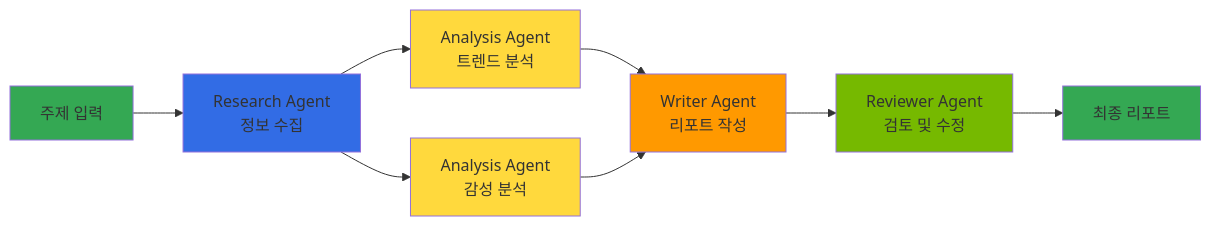
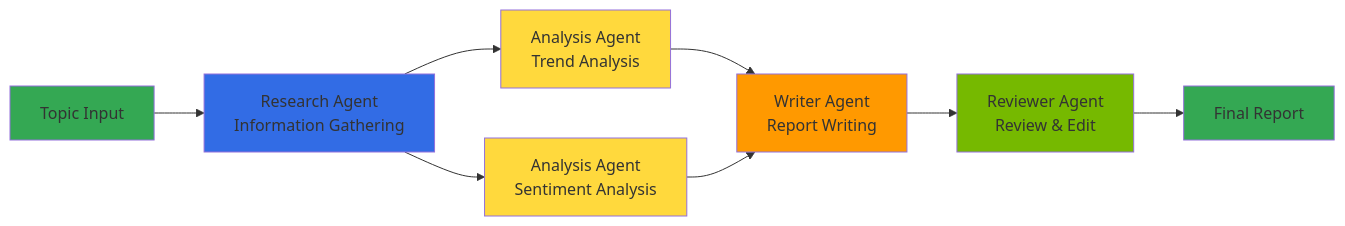
One commit to devfloor9/engineering-playbook changed the fourth of 4 diagrams in docs/agentic-ai-platform/operations-mlops/observability/kagent-kubernetes-agents.md. Above: the diagram before and after it, drawn with Mermaid. The commit also changed other lines of this file and 954 other files, not shown here.

````diff
--- a/docs/agentic-ai-platform/operations-mlops/observability/kagent-kubernetes-agents.md
+++ b/docs/agentic-ai-platform/operations-mlops/observability/kagent-kubernetes-agents.md
@@ -326,18 +330,18 @@
 ```mermaid
 flowchart LR
-    INPUT[주제 입력] --> RESEARCH[Research Agent<br/>정보 수집]
-    RESEARCH --> TREND[Analysis Agent<br/>트렌드 분석]
-    RESEARCH --> SENT[Analysis Agent<br/>감성 분석]
-    TREND --> WRITE[Writer Agent<br/>리포트 작성]
+    INPUT[Topic Input] --> RESEARCH[Research Agent<br/>Information Gathering]
+    RESEARCH --> TREND[Analysis Agent<br/>Trend Analysis]
+    RESEARCH --> SENT[Analysis Agent<br/>Sentiment Analysis]
+    TREND --> WRITE[Writer Agent<br/>Report Writing]
     SENT --> WRITE
-    WRITE --> REVIEW[Reviewer Agent<br/>검토 및 수정]
-    REVIEW --> OUTPUT[최종 리포트]
+    WRITE --> REVIEW[Reviewer Agent<br/>Review & Edit]
+    REVIEW --> OUTPUT[Final Report]
 
     style INPUT fill:#34a853
     style OUTPUT fill:#34a853
     style RESEARCH fill:#326ce5
     style TREND fill:#ffd93d
     style SENT fill:#ffd93d
     style WRITE fill:#ff9900
     style REVIEW fill:#76b900
 ```
````
